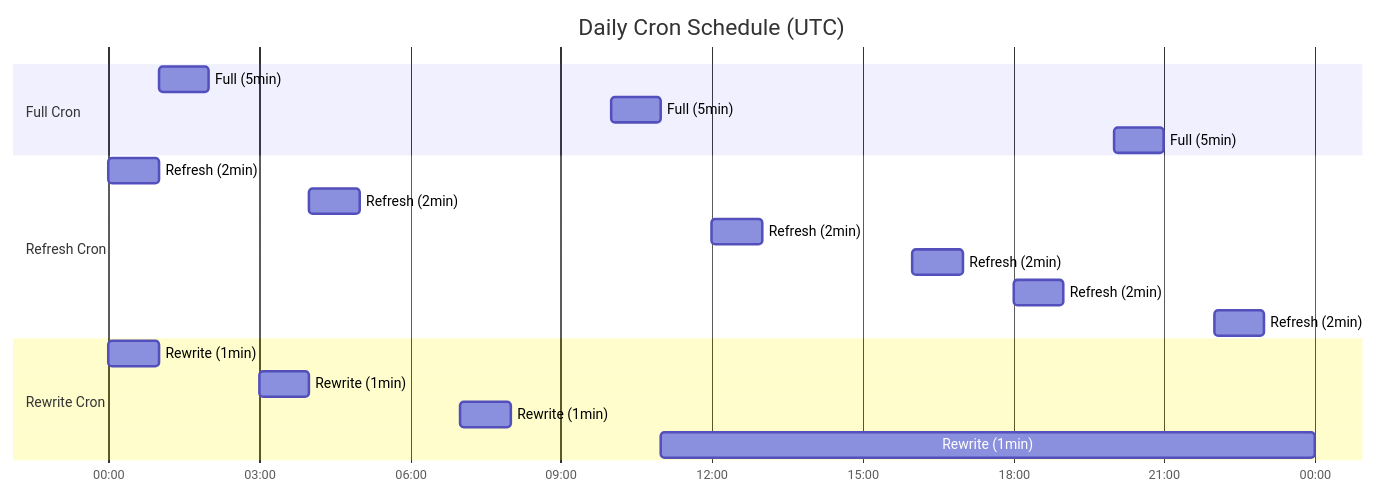
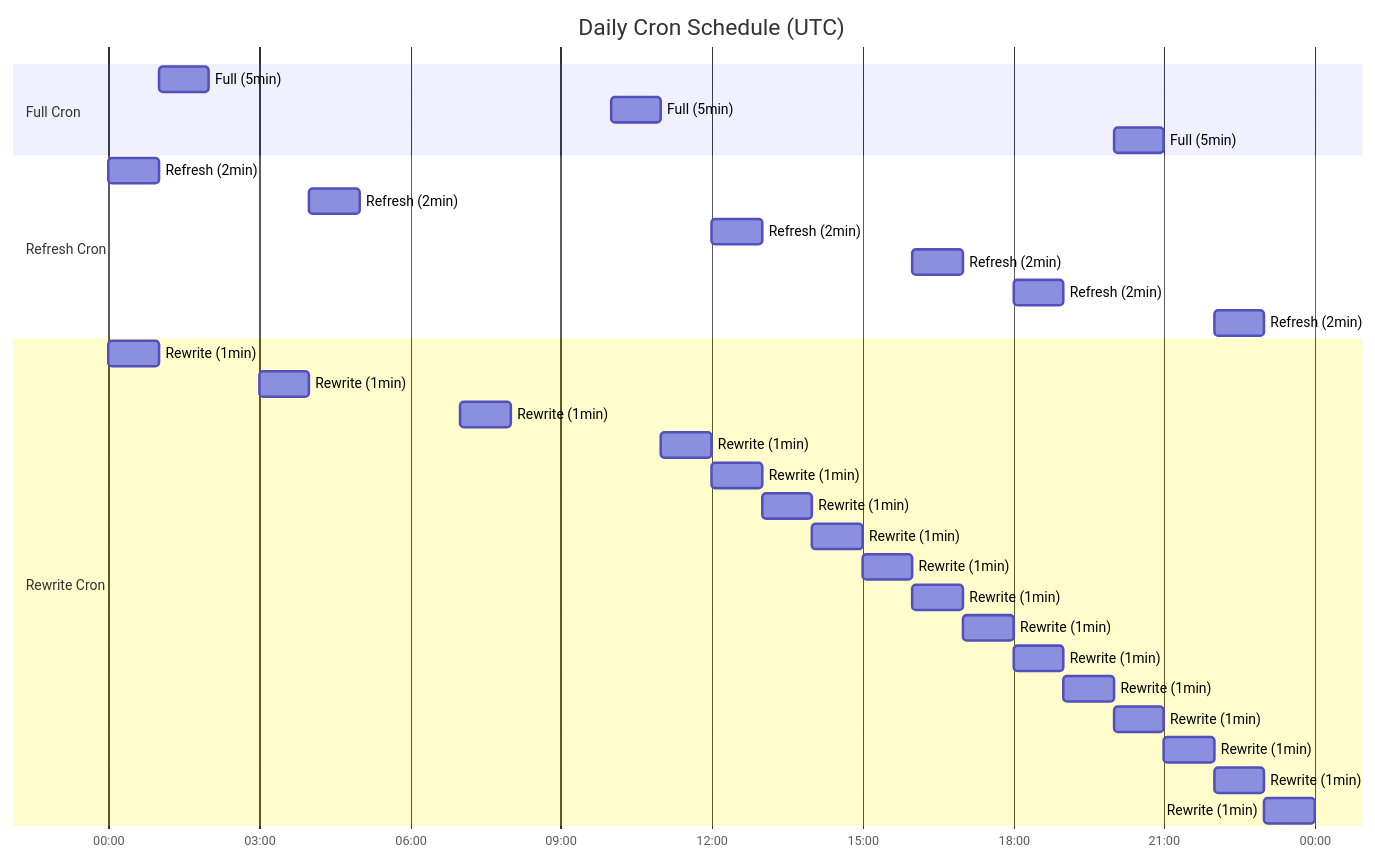
One commit to dwahbe/climate-river changed the first of 9 diagrams in README.md. Above: the diagram before and after it, drawn with Mermaid.

Commit message:
New readme

````diff
--- a/README.md
+++ b/README.md
@@ -13,25 +13,37 @@
 ```mermaid
 gantt
     title Daily Cron Schedule (UTC)
     dateFormat HH
     axisFormat %H:00
 
     section Full Cron
     Full (5min)    :f1, 01, 1h
     Full (5min)    :f2, 10, 1h
     Full (5min)    :f3, 20, 1h
 
     section Refresh Cron
     Refresh (2min) :r1, 00, 1h
     Refresh (2min) :r2, 04, 1h
     Refresh (2min) :r3, 12, 1h
     Refresh (2min) :r4, 16, 1h
     Refresh (2min) :r5, 18, 1h
     Refresh (2min) :r6, 22, 1h
 
     section Rewrite Cron
     Rewrite (1min) :w1, 00, 1h
     Rewrite (1min) :w2, 03, 1h
     Rewrite (1min) :w3, 07, 1h
-    Rewrite (1min) :w4, 11, 13h
+    Rewrite (1min) :w4, 11, 1h
+    Rewrite (1min) :w5, 12, 1h
+    Rewrite (1min) :w6, 13, 1h
+    Rewrite (1min) :w7, 14, 1h
+    Rewrite (1min) :w8, 15, 1h
+    Rewrite (1min) :w9, 16, 1h
+    Rewrite (1min) :w10, 17, 1h
+    Rewrite (1min) :w11, 18, 1h
+    Rewrite (1min) :w12, 19, 1h
+    Rewrite (1min) :w13, 20, 1h
+    Rewrite (1min) :w14, 21, 1h
+    Rewrite (1min) :w15, 22, 1h
+    Rewrite (1min) :w16, 23, 1h
 ```
````
